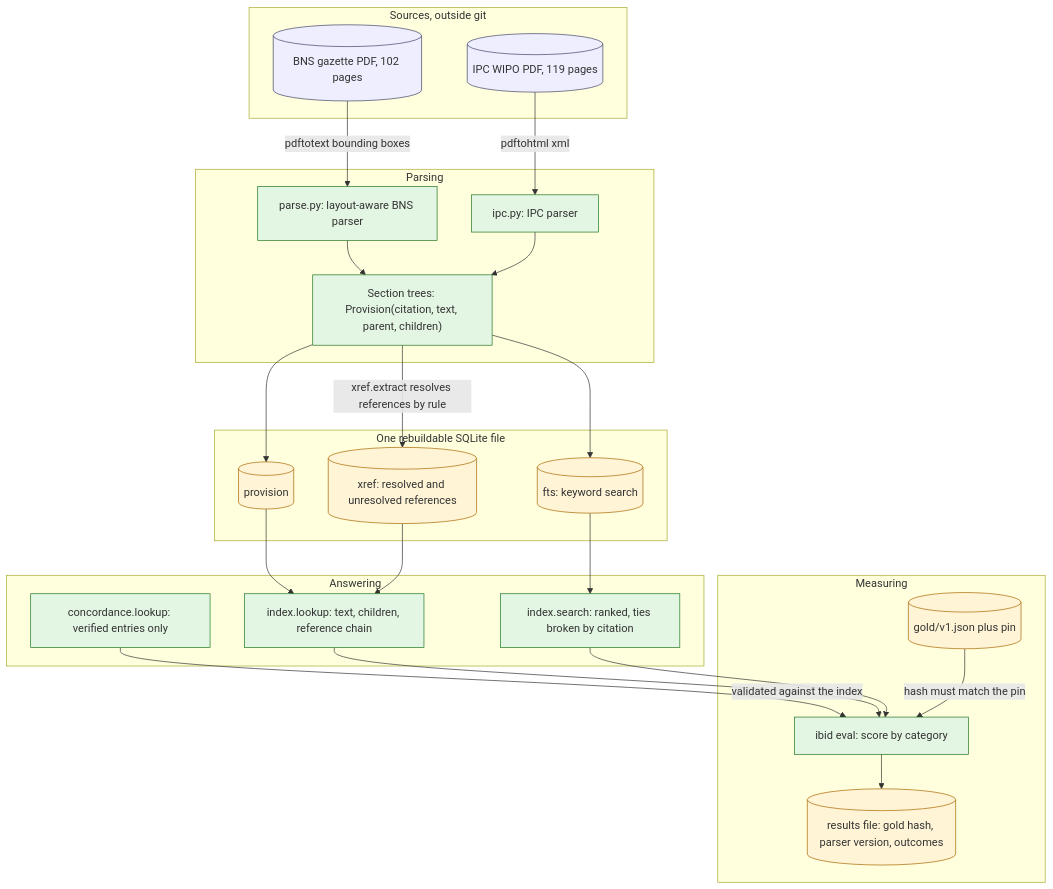
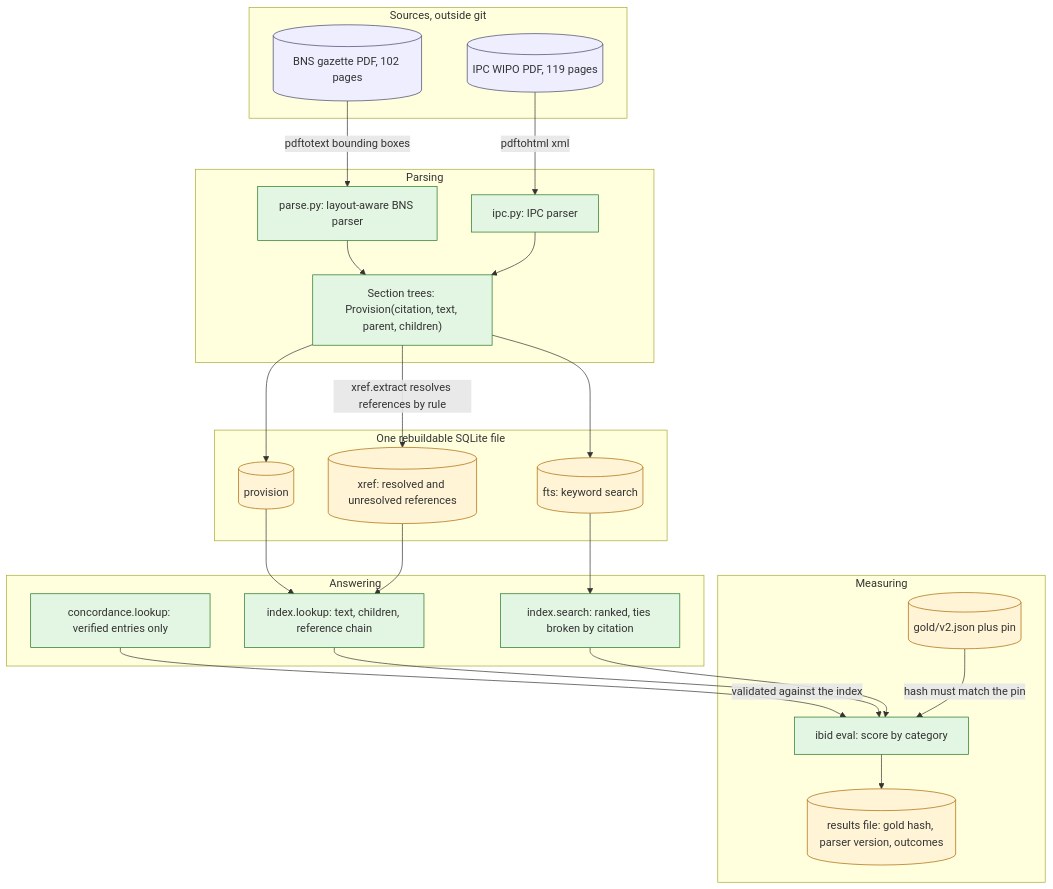
The diagram in docs/ARCHITECTURE.md (pokhriyal-anmol/ibid), drawn with Mermaid before and after one commit. The commit also changed 3 other files, not shown here.

````diff
--- a/docs/ARCHITECTURE.md
+++ b/docs/ARCHITECTURE.md
@@ -7,54 +7,54 @@
 ```mermaid
 flowchart TB
   subgraph Sources["Sources, outside git"]
     BNS[("BNS gazette PDF, 102 pages")]
     IPC[("IPC WIPO PDF, 119 pages")]
   end
 
   subgraph Parse["Parsing"]
     PB["parse.py: layout-aware BNS parser"]
     PI["ipc.py: IPC parser"]
     ST["Section trees: Provision(citation, text, parent, children)"]
   end
 
   subgraph Store["One rebuildable SQLite file"]
     PR[("provision")]
     FT[("fts: keyword search")]
     XR[("xref: resolved and unresolved references")]
   end
 
   subgraph Serve["Answering"]
     LK["index.lookup: text, children, reference chain"]
     SE["index.search: ranked, ties broken by citation"]
     CO["concordance.lookup: verified entries only"]
   end
 
   subgraph Measure["Measuring"]
-    GO[("gold/v1.json plus pin")]
+    GO[("gold/v2.json plus pin")]
     EV["ibid eval: score by category"]
     RS[("results file: gold hash, parser version, outcomes")]
   end
 
   BNS -->|"pdftotext bounding boxes"| PB
   IPC -->|"pdftohtml xml"| PI
   PB --> ST
   PI --> ST
   ST -->|"xref.extract resolves references by rule"| XR
   ST --> PR
   ST --> FT
   PR --> LK
   XR --> LK
   FT --> SE
   CO -->|"validated against the index"| EV
   LK --> EV
   SE --> EV
   GO -->|"hash must match the pin"| EV
   EV --> RS
 
   classDef src fill:#eef,stroke:#446
   classDef code fill:#e3f5e3,stroke:#272
   classDef data fill:#fff4d6,stroke:#a60
   class BNS,IPC src
   class PB,PI,ST,LK,SE,CO,EV code
   class PR,FT,XR,GO,RS data
 ```
````
